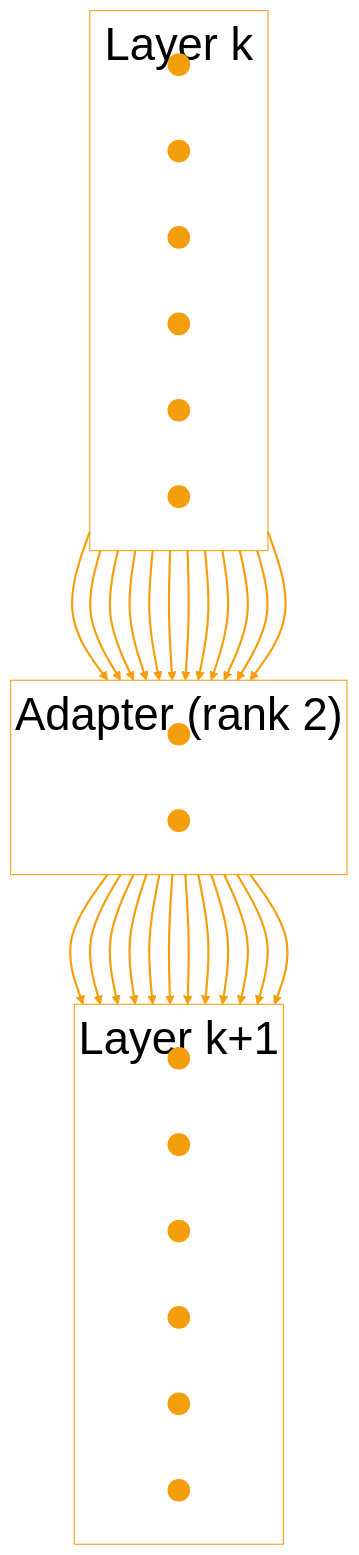
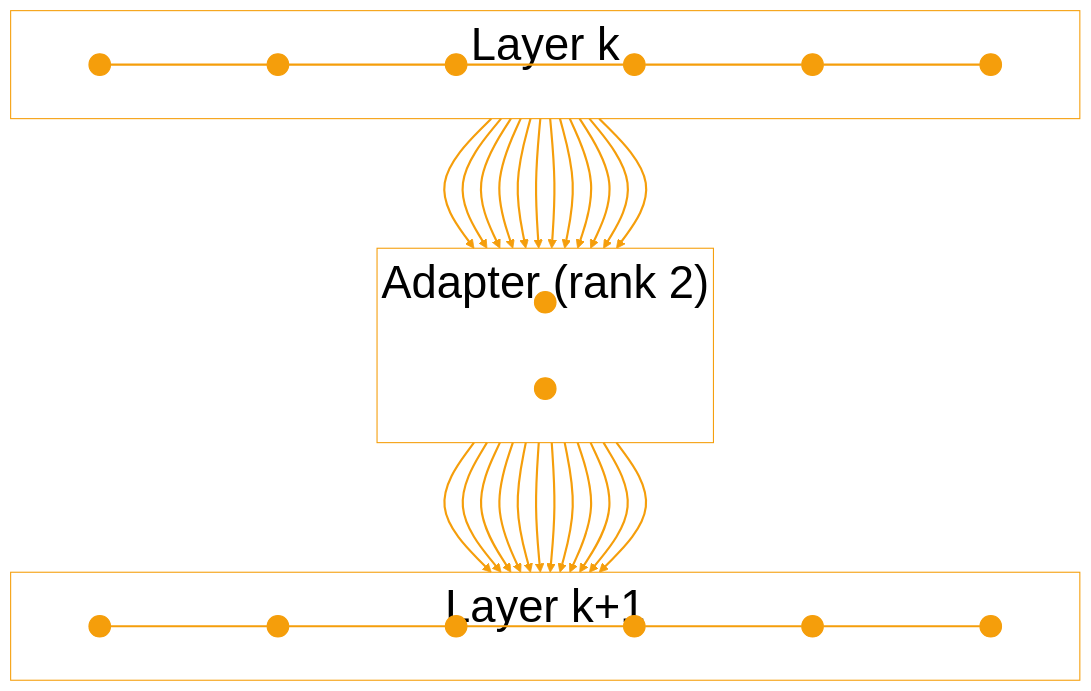
One commit to kerryback/mgmt675 changed the second of 2 diagrams in slides/m13-fine-tuning.qmd. Above: the diagram before and after it, drawn with Mermaid. The commit also changed other lines of this file and 1 other file, not shown here.

Commit message:
Spread out nodes symmetrically in LoRA diagrams using invisible links

````diff
--- a/slides/m13-fine-tuning.qmd
+++ b/slides/m13-fine-tuning.qmd
@@ -240,52 +230,42 @@
 ```{mermaid}
 %%| fig-width: 16
 %%{init: {'theme': 'base', 'themeVariables': {'fontSize': '42px', 'primaryColor': '#fff', 'primaryTextColor': '#fff', 'lineColor': '#fff', 'clusterBkg': 'transparent', 'clusterBorder': '#f59e0b'}, 'flowchart': {'nodeSpacing': 60, 'rankSpacing': 120, 'padding': 20, 'useMaxWidth': true}}}%%
 graph TB
   subgraph Layer_k["Layer k"]
     direction LR
-    A1((" "))
-    A2((" "))
-    A3((" "))
-    A4((" "))
-    A5((" "))
-    A6((" "))
+    A1((" ")) ~~~ A2((" ")) ~~~ A3((" ")) ~~~ A4((" ")) ~~~ A5((" ")) ~~~ A6((" "))
   end
   subgraph Adapter["Adapter (rank 2)"]
     direction LR
     R1((" "))
     R2((" "))
   end
   subgraph Layer_k1["Layer k+1"]
     direction LR
-    B1((" "))
-    B2((" "))
-    B3((" "))
-    B4((" "))
-    B5((" "))
-    B6((" "))
+    B1((" ")) ~~~ B2((" ")) ~~~ B3((" ")) ~~~ B4((" ")) ~~~ B5((" ")) ~~~ B6((" "))
   end
   A1 --> R1 & R2
   A2 --> R1 & R2
   A3 --> R1 & R2
   A4 --> R1 & R2
   A5 --> R1 & R2
   A6 --> R1 & R2
   R1 --> B1 & B2 & B3 & B4 & B5 & B6
   R2 --> B1 & B2 & B3 & B4 & B5 & B6
 
   linkStyle default stroke:#f59e0b,stroke-width:2px
   style A1 fill:#f59e0b,stroke:#f59e0b
   style A2 fill:#f59e0b,stroke:#f59e0b
   style A3 fill:#f59e0b,stroke:#f59e0b
   style A4 fill:#f59e0b,stroke:#f59e0b
   style A5 fill:#f59e0b,stroke:#f59e0b
   style A6 fill:#f59e0b,stroke:#f59e0b
   style R1 fill:#f59e0b,stroke:#f59e0b
   style R2 fill:#f59e0b,stroke:#f59e0b
   style B1 fill:#f59e0b,stroke:#f59e0b
   style B2 fill:#f59e0b,stroke:#f59e0b
   style B3 fill:#f59e0b,stroke:#f59e0b
   style B4 fill:#f59e0b,stroke:#f59e0b
   style B5 fill:#f59e0b,stroke:#f59e0b
   style B6 fill:#f59e0b,stroke:#f59e0b
 ```
````
